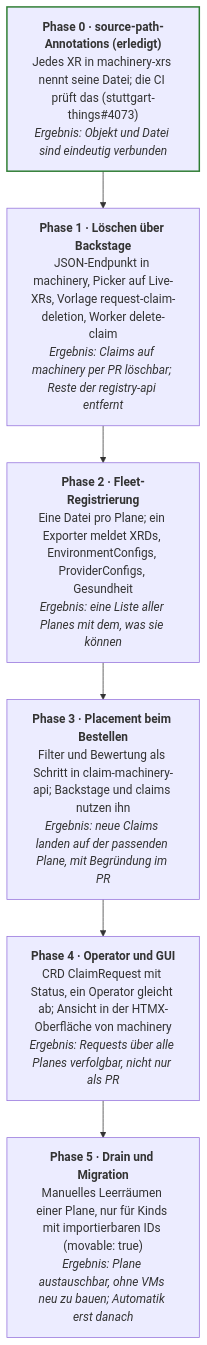
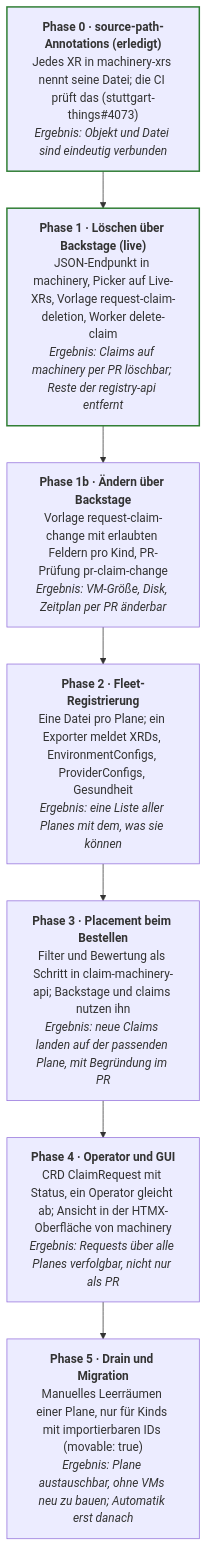
The third of 3 diagrams in docs/design/claim-scheduler.md (stuttgart-things/machinery), drawn with Mermaid before and after one commit. The commit also changed other lines of this file, not shown here.

First line of the commit message:
docs(claim-scheduler): phase 1 as built, Teil D (changing a claim) (#107)

````diff
--- a/docs/design/claim-scheduler.md
+++ b/docs/design/claim-scheduler.md
@@ -190,11 +240,13 @@
 ```mermaid
 flowchart TB
     p0["<b>Phase 0 · source-path-Annotations (erledigt)</b><br/>Jedes XR in machinery-xrs nennt seine Datei; die CI prüft das (stuttgart-things#4073)<br/><i>Ergebnis: Objekt und Datei sind eindeutig verbunden</i>"]
-    p1["<b>Phase 1 · Löschen über Backstage</b><br/>JSON-Endpunkt in machinery, Picker auf Live-XRs, Vorlage request-claim-deletion, Worker delete-claim<br/><i>Ergebnis: Claims auf machinery per PR löschbar; Reste der registry-api entfernt</i>"]
+    p1["<b>Phase 1 · Löschen über Backstage (live)</b><br/>JSON-Endpunkt in machinery, Picker auf Live-XRs, Vorlage request-claim-deletion, Worker delete-claim<br/><i>Ergebnis: Claims auf machinery per PR löschbar; Reste der registry-api entfernt</i>"]
+    p1b["<b>Phase 1b · Ändern über Backstage</b><br/>Vorlage request-claim-change mit erlaubten Feldern pro Kind, PR-Prüfung pr-claim-change<br/><i>Ergebnis: VM-Größe, Disk, Zeitplan per PR änderbar</i>"]
     p2["<b>Phase 2 · Fleet-Registrierung</b><br/>Eine Datei pro Plane; ein Exporter meldet XRDs, EnvironmentConfigs, ProviderConfigs, Gesundheit<br/><i>Ergebnis: eine Liste aller Planes mit dem, was sie können</i>"]
     p3["<b>Phase 3 · Placement beim Bestellen</b><br/>Filter und Bewertung als Schritt in claim-machinery-api; Backstage und claims nutzen ihn<br/><i>Ergebnis: neue Claims landen auf der passenden Plane, mit Begründung im PR</i>"]
     p4["<b>Phase 4 · Operator und GUI</b><br/>CRD ClaimRequest mit Status, ein Operator gleicht ab; Ansicht in der HTMX-Oberfläche von machinery<br/><i>Ergebnis: Requests über alle Planes verfolgbar, nicht nur als PR</i>"]
     p5["<b>Phase 5 · Drain und Migration</b><br/>Manuelles Leerräumen einer Plane, nur für Kinds mit importierbaren IDs (movable: true)<br/><i>Ergebnis: Plane austauschbar, ohne VMs neu zu bauen; Automatik erst danach</i>"]
-    p0 --> p1 --> p2 --> p3 --> p4 --> p5
+    p0 --> p1 --> p1b --> p2 --> p3 --> p4 --> p5
     style p0 stroke:#2e7d32,stroke-width:2px
+    style p1 stroke:#2e7d32,stroke-width:2px
 ```
````
